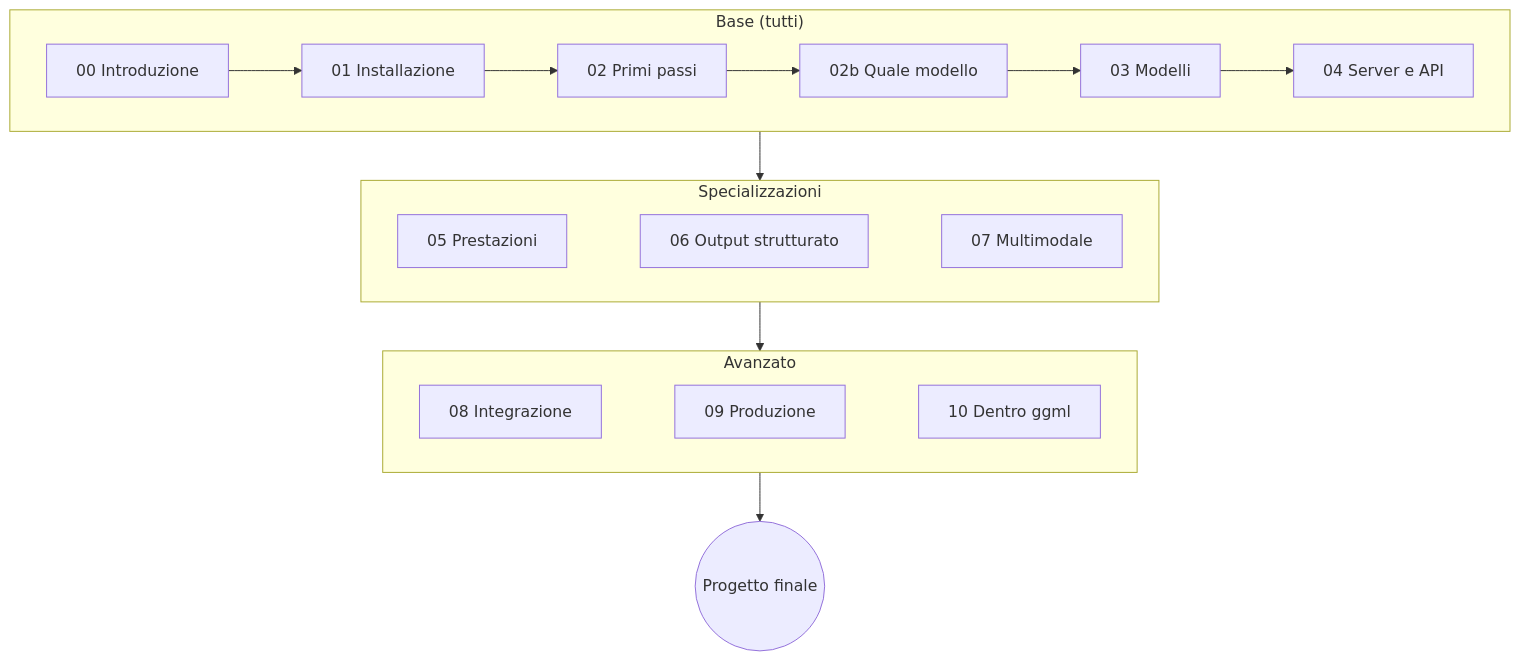
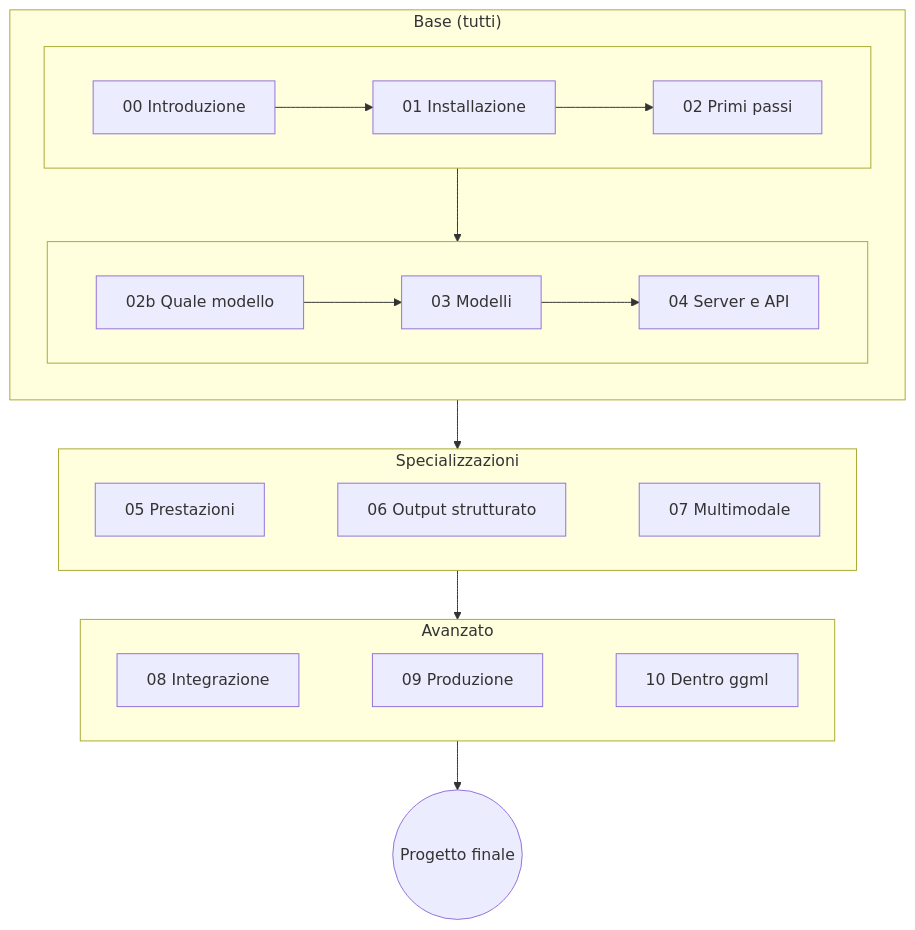
One commit to JoeBosi/llama-cpp-course changed the diagram in corso/index.md. Above: the diagram before and after it, drawn with Mermaid. The commit also changed 29 other files, not shown here.

First line of the commit message:
Diagrammi Mermaid: clic per aprirli a schermo intero, ridotti gli elementi in orizzontale

````diff
--- a/corso/index.md
+++ b/corso/index.md
@@ -53,16 +53,24 @@
 ```mermaid
 flowchart TB
     subgraph base["Base (tutti)"]
-        direction LR
-        A[00 Introduzione] --> B[01 Installazione] --> C[02 Primi passi] --> C2[02b Quale modello] --> D[03 Modelli] --> E[04 Server e API]
+        direction TB
+        subgraph base1[" "]
+            direction LR
+            A[00 Introduzione] --> B[01 Installazione] --> C[02 Primi passi]
+        end
+        subgraph base2[" "]
+            direction LR
+            C2[02b Quale modello] --> D[03 Modelli] --> E[04 Server e API]
+        end
+        base1 --> base2
     end
     subgraph spec["Specializzazioni"]
         direction LR
         F[05 Prestazioni] ~~~ G[06 Output strutturato] ~~~ H[07 Multimodale]
     end
     subgraph adv["Avanzato"]
         direction LR
         I[08 Integrazione] ~~~ J[09 Produzione] ~~~ K[10 Dentro ggml]
     end
     base --> spec --> adv --> P((Progetto finale))
 ```
````
